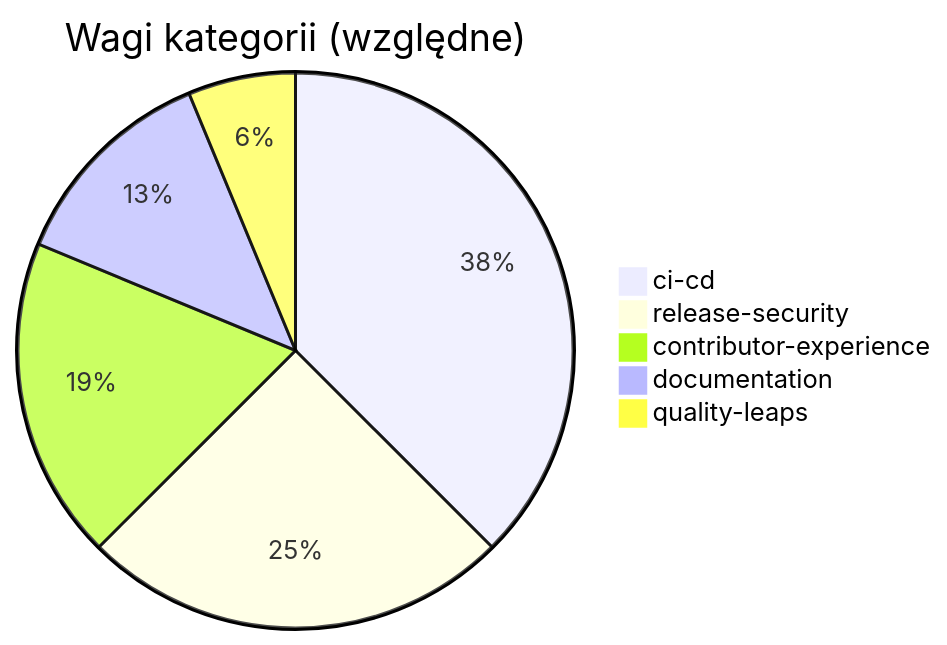
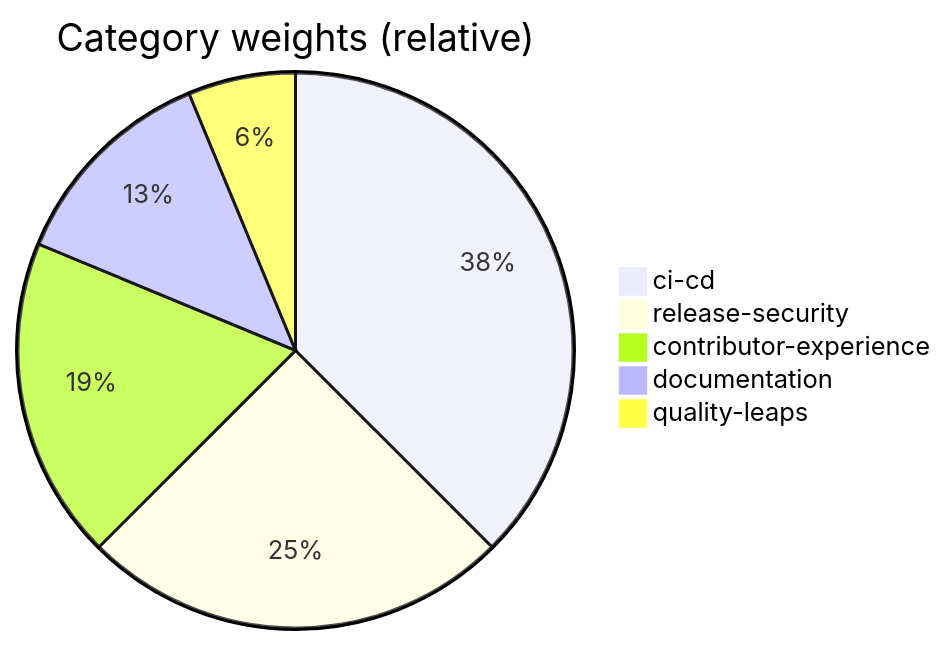
The third of 5 diagrams in apps/docs/src/content/docs/project/monorepo-ci.md (kacperpaczos/Awesome-Pushup-Standards), drawn with Mermaid before and after one commit. The commit also changed other lines of this file and 1 other file, not shown here.

````diff
--- a/apps/docs/src/content/docs/project/monorepo-ci.md
+++ b/apps/docs/src/content/docs/project/monorepo-ci.md
@@ -115,8 +116,8 @@
 ```mermaid
-pie title Wagi kategorii (względne)
+pie title Category weights (relative)
   "ci-cd" : 60
   "release-security" : 40
   "contributor-experience" : 30
   "documentation" : 20
   "quality-leaps" : 10
 ```
````
